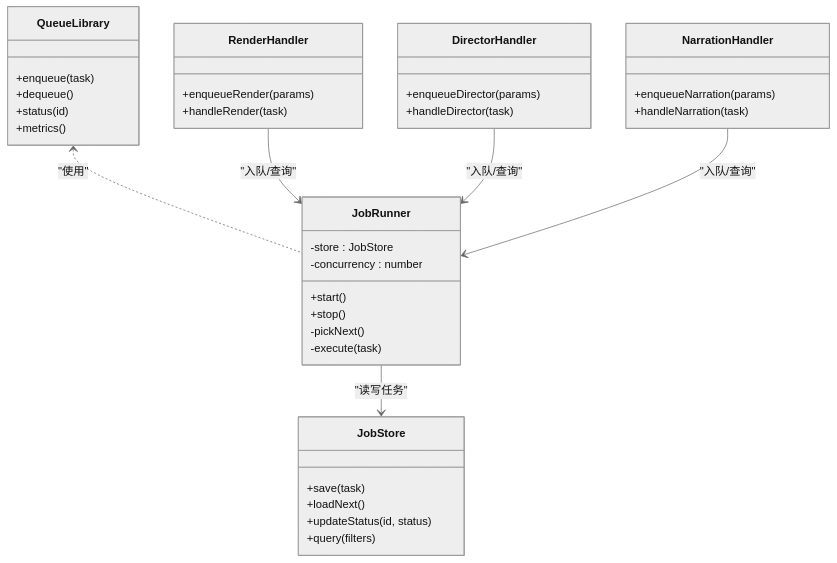
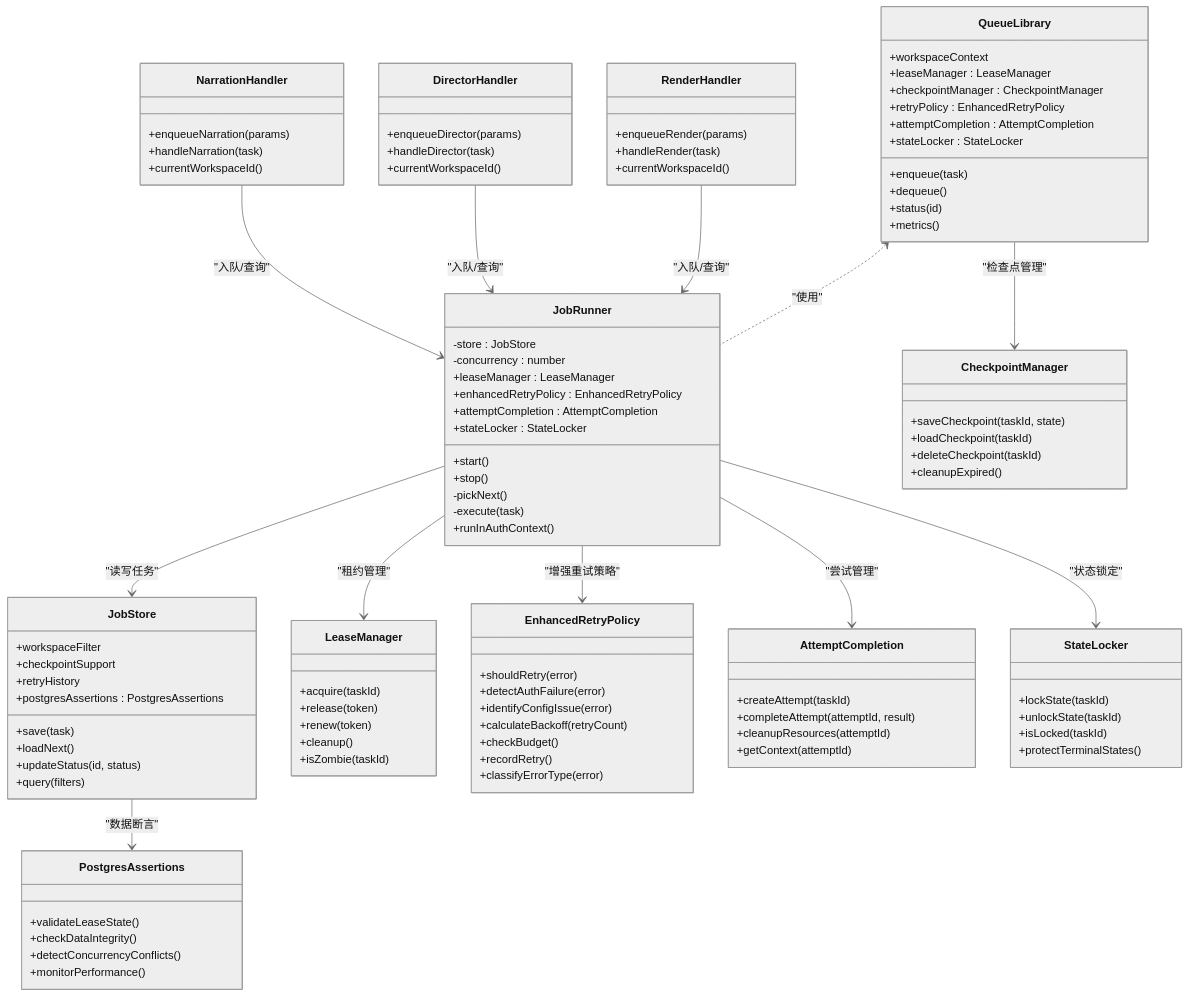
One commit to scottcwy/PurpleInk changed the fourth of 4 diagrams in .qoder/repowiki/zh/content/后端架构/任务处理/作业队列系统.md. Above: the diagram before and after it, drawn with Mermaid (neutral theme). The commit also changed other lines of this file and 109 other files, not shown here.

```diff
--- a/.qoder/repowiki/zh/content/后端架构/任务处理/作业队列系统.md
+++ b/.qoder/repowiki/zh/content/后端架构/任务处理/作业队列系统.md
@@ -220,6 +453,12 @@
 +dequeue()
 +status(id)
 +metrics()
++workspaceContext
++leaseManager : LeaseManager
++checkpointManager : CheckpointManager
++retryPolicy : EnhancedRetryPolicy
++attemptCompletion : AttemptCompletion
++stateLocker : StateLocker
 }
 class JobRunner {
 -store : JobStore
@@ -228,27 +467,85 @@
 +stop()
 -pickNext()
 -execute(task)
++runInAuthContext()
++leaseManager : LeaseManager
++enhancedRetryPolicy : EnhancedRetryPolicy
++attemptCompletion : AttemptCompletion
++stateLocker : StateLocker
 }
 class JobStore {
 +save(task)
 +loadNext()
 +updateStatus(id, status)
 +query(filters)
++workspaceFilter
++checkpointSupport
++retryHistory
++postgresAssertions : PostgresAssertions
+}
+class LeaseManager {
++acquire(taskId)
++release(token)
++renew(token)
++cleanup()
++isZombie(taskId)
+}
+class EnhancedRetryPolicy {
++shouldRetry(error)
++detectAuthFailure(error)
++identifyConfigIssue(error)
++calculateBackoff(retryCount)
++checkBudget()
++recordRetry()
++classifyErrorType(error)
+}
+class AttemptCompletion {
++createAttempt(taskId)
++completeAttempt(attemptId, result)
++cleanupResources(attemptId)
++getContext(attemptId)
+}
+class CheckpointManager {
++saveCheckpoint(taskId, state)
++loadCheckpoint(taskId)
++deleteCheckpoint(taskId)
++cleanupExpired()
+}
+class StateLocker {
++lockState(taskId)
++unlockState(taskId)
++isLocked(taskId)
++protectTerminalStates()
+}
+class PostgresAssertions {
++validateLeaseState()
++checkDataIntegrity()
++detectConcurrencyConflicts()
++monitorPerformance()
 }
 class RenderHandler {
 +enqueueRender(params)
 +handleRender(task)
++currentWorkspaceId()
 }
 class DirectorHandler {
 +enqueueDirector(params)
 +handleDirector(task)
++currentWorkspaceId()
 }
 class NarrationHandler {
 +enqueueNarration(params)
 +handleNarration(task)
++currentWorkspaceId()
 }
 QueueLibrary <.. JobRunner : "使用"
 JobRunner --> JobStore : "读写任务"
+JobRunner --> LeaseManager : "租约管理"
+JobRunner --> EnhancedRetryPolicy : "增强重试策略"
+JobRunner --> AttemptCompletion : "尝试管理"
+JobRunner --> StateLocker : "状态锁定"
+QueueLibrary --> CheckpointManager : "检查点管理"
+JobStore --> PostgresAssertions : "数据断言"
 RenderHandler --> JobRunner : "入队/查询"
 DirectorHandler --> JobRunner : "入队/查询"
 NarrationHandler --> JobRunner : "入队/查询"
```
